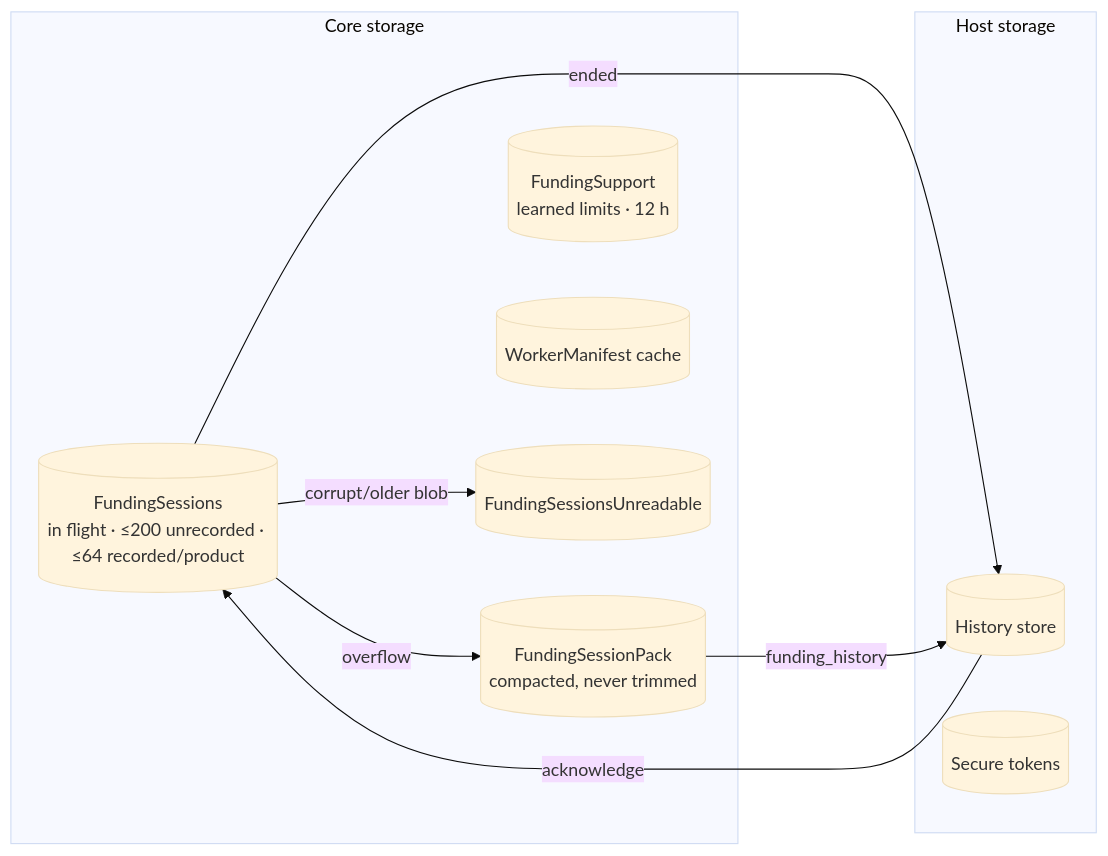
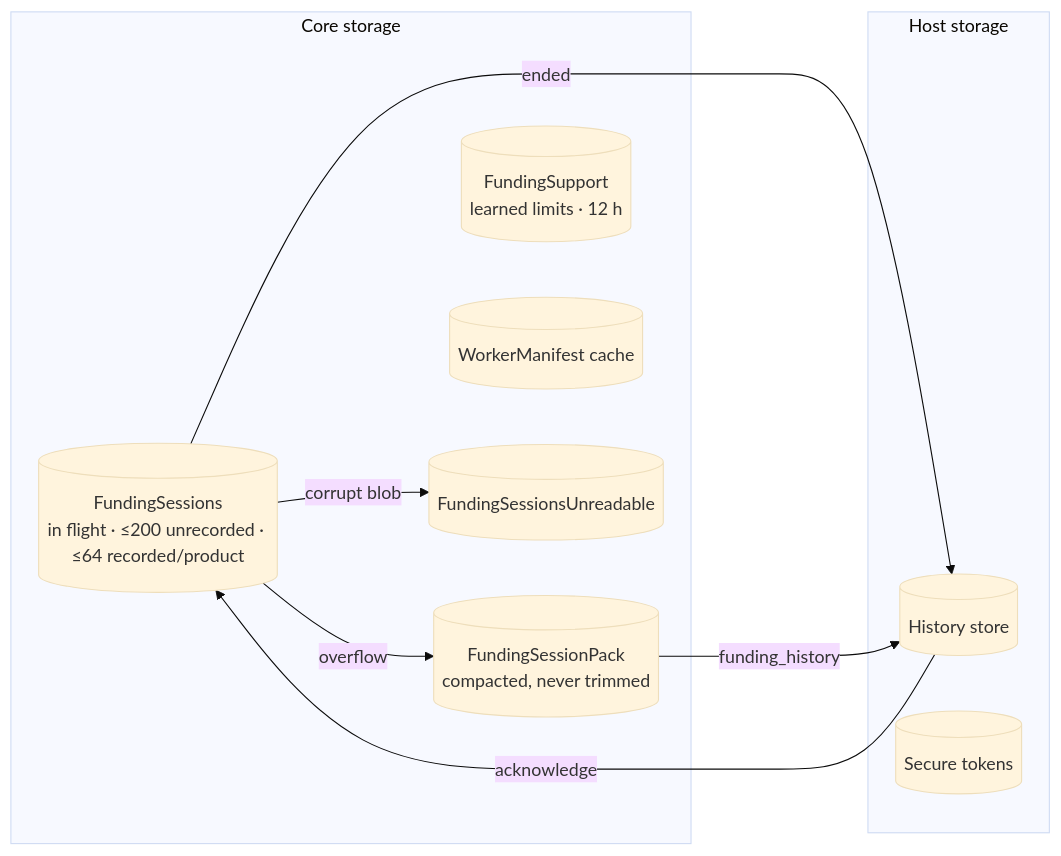
Before and after one commit to paritytech/trinity-user-agents: the seventh of 8 diagrams in docs/design/funding-modality.md, drawn with Mermaid (base theme). The commit also changed other lines of this file, not shown here.

````diff
--- a/docs/design/funding-modality.md
+++ b/docs/design/funding-modality.md
@@ -173,19 +181,19 @@
 ```mermaid
 flowchart LR
   subgraph core["Core storage"]
     s[(FundingSessions<br/>in flight · ≤200 unrecorded · ≤64 recorded/product)]
     k[(FundingSessionPack<br/>compacted, never trimmed)]
     l[(FundingSupport<br/>learned limits · 12 h)]
     m[(WorkerManifest cache)]
     u[(FundingSessionsUnreadable)]
   end
   subgraph host["Host storage"]
     h[(History store)]
     t[(Secure tokens)]
   end
   s -- overflow --> k
   s -- ended --> h
   h -- acknowledge --> s
   k -- funding_history --> h
-  s -- corrupt/older blob --> u
+  s -- corrupt blob --> u
 ```
````
